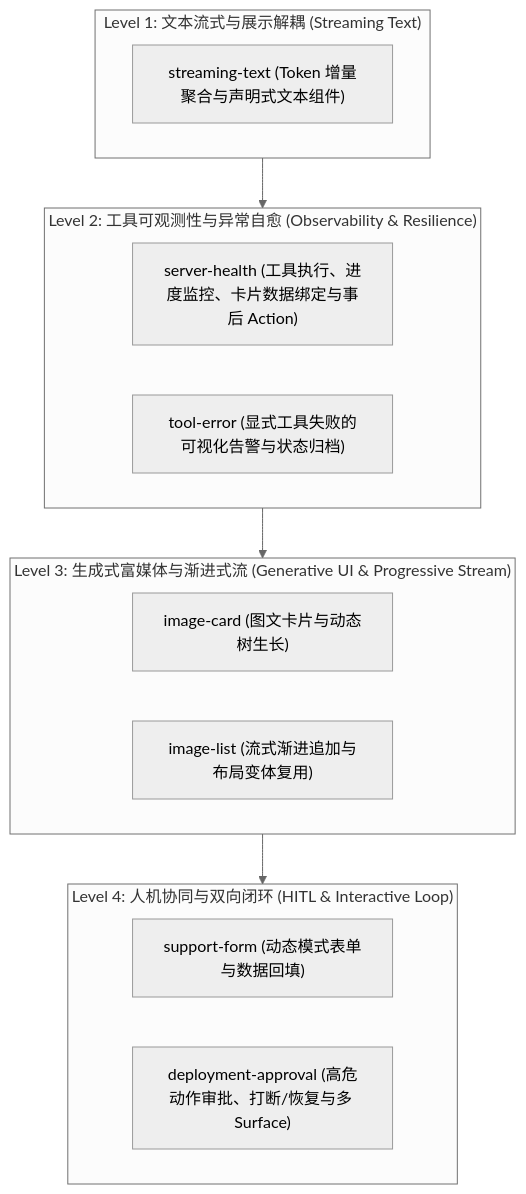
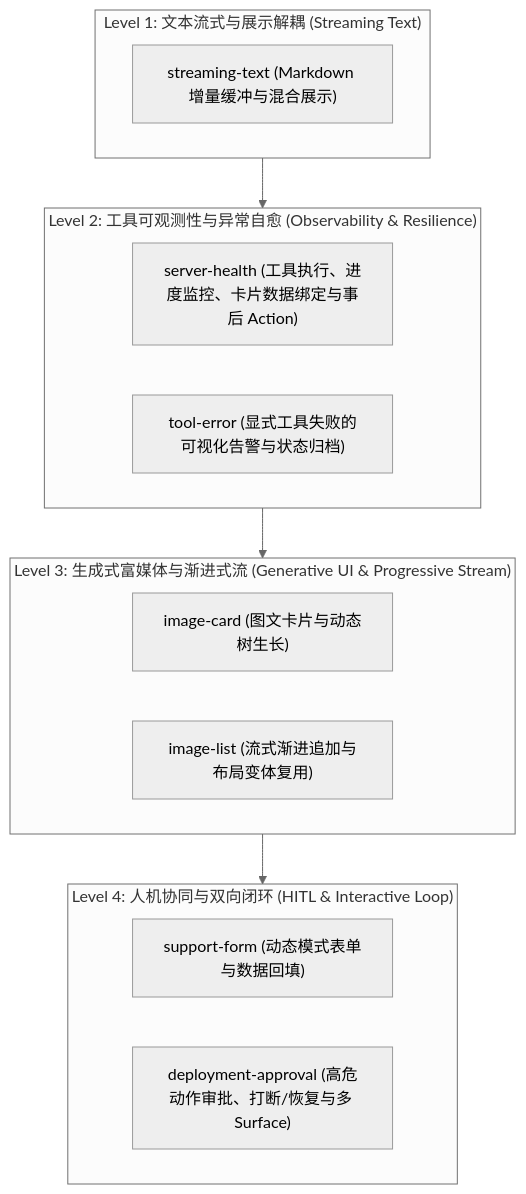
Before and after one commit to sungithubid/A2UI-Lab: the diagram in docs/scenarios.md, drawn with Mermaid (neutral theme). The commit also changed other lines of this file and 40 other files, not shown here.

````diff
--- a/docs/scenarios.md
+++ b/docs/scenarios.md
@@ -44,23 +42,23 @@
 ```mermaid
 flowchart TD
     subgraph L4 ["Level 4: 人机协同与双向闭环 (HITL & Interactive Loop)"]
         S6["support-form (动态模式表单与数据回填)"]
         S7["deployment-approval (高危动作审批、打断/恢复与多 Surface)"]
     end
 
     subgraph L3 ["Level 3: 生成式富媒体与渐进式流 (Generative UI & Progressive Stream)"]
         S4["image-card (图文卡片与动态树生长)"]
         S5["image-list (流式渐进追加与布局变体复用)"]
     end
 
     subgraph L2 ["Level 2: 工具可观测性与异常自愈 (Observability & Resilience)"]
         S2["server-health (工具执行、进度监控、卡片数据绑定与事后 Action)"]
         S3["tool-error (显式工具失败的可视化告警与状态归档)"]
     end
 
     subgraph L1 ["Level 1: 文本流式与展示解耦 (Streaming Text)"]
-        S1["streaming-text (Token 增量聚合与声明式文本组件)"]
+        S1["streaming-text (Markdown 增量缓冲与混合展示)"]
     end
 
     L1 --> L2 --> L3 --> L4
 ```
````
